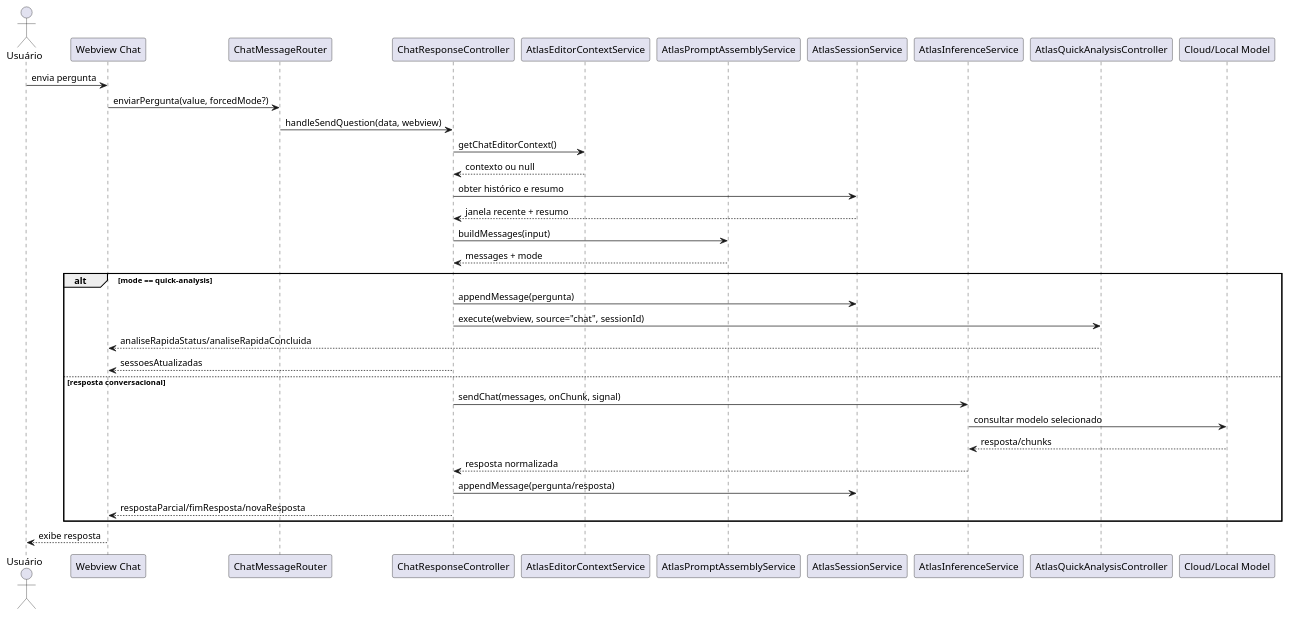
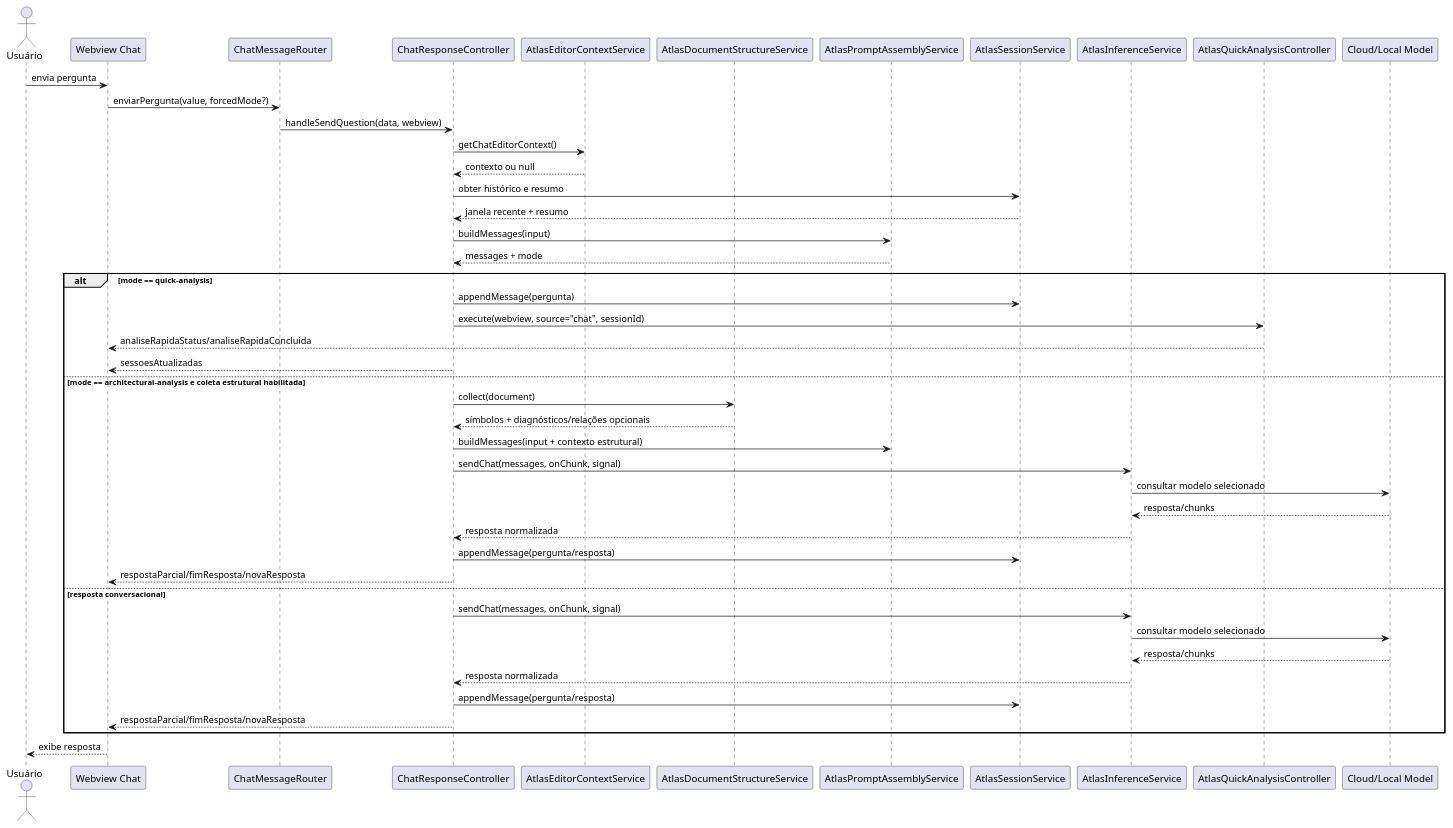
Before and after one commit to JVictorVI/ATLAS: the second of 40 diagrams in docs/plantuml-diagramas-por-caso-de-uso-atlas.md, drawn with PlantUML. The commit also changed other lines of this file and 2 other files, not shown here.

````diff
--- a/docs/plantuml-diagramas-por-caso-de-uso-atlas.md
+++ b/docs/plantuml-diagramas-por-caso-de-uso-atlas.md
@@ -62,39 +69,50 @@
 ```plantuml
 @startuml
 skinparam shadowing false
 actor Usuário
 participant "Webview Chat" as Webview
 participant ChatMessageRouter as Router
 participant ChatResponseController as Response
 participant AtlasEditorContextService as EditorContext
+participant AtlasDocumentStructureService as Structure
 participant AtlasPromptAssemblyService as Prompt
 participant AtlasSessionService as Sessions
 participant AtlasInferenceService as Inference
 participant AtlasQuickAnalysisController as QuickController
 participant "Cloud/Local Model" as Model
 
 Usuário -> Webview : envia pergunta
 Webview -> Router : enviarPergunta(value, forcedMode?)
 Router -> Response : handleSendQuestion(data, webview)
 Response -> EditorContext : getChatEditorContext()
 EditorContext --> Response : contexto ou null
 Response -> Sessions : obter histórico e resumo
 Sessions --> Response : janela recente + resumo
 Response -> Prompt : buildMessages(input)
 Prompt --> Response : messages + mode
 alt mode == quick-analysis
   Response -> Sessions : appendMessage(pergunta)
   Response -> QuickController : execute(webview, source="chat", sessionId)
   QuickController --> Webview : analiseRapidaStatus/analiseRapidaConcluida
   Response --> Webview : sessoesAtualizadas
+else mode == architectural-analysis e coleta estrutural habilitada
+  Response -> Structure : collect(document)
+  Structure --> Response : símbolos + diagnósticos/relações opcionais
+  Response -> Prompt : buildMessages(input + contexto estrutural)
+  Response -> Inference : sendChat(messages, onChunk, signal)
+  Inference -> Model : consultar modelo selecionado
+  Model --> Inference : resposta/chunks
+  Inference --> Response : resposta normalizada
+  Response -> Sessions : appendMessage(pergunta/resposta)
+  Response --> Webview : respostaParcial/fimResposta/novaResposta
 else resposta conversacional
   Response -> Inference : sendChat(messages, onChunk, signal)
   Inference -> Model : consultar modelo selecionado
   Model --> Inference : resposta/chunks
   Inference --> Response : resposta normalizada
   Response -> Sessions : appendMessage(pergunta/resposta)
   Response --> Webview : respostaParcial/fimResposta/novaResposta
 end
 Webview --> Usuário : exibe resposta
 @enduml
 ```
````
